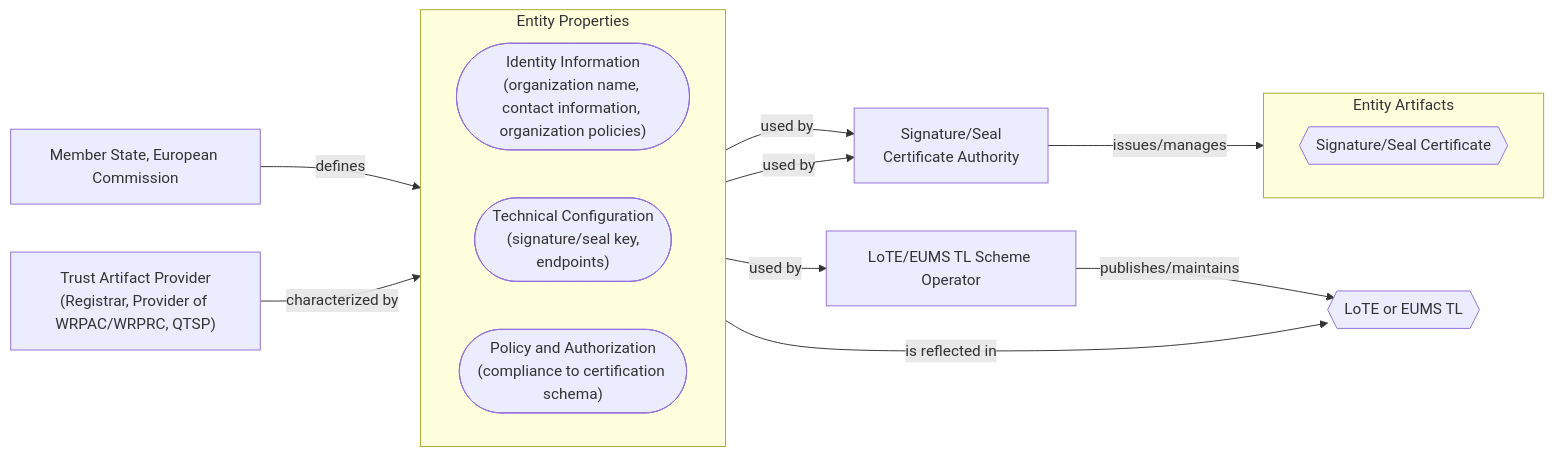
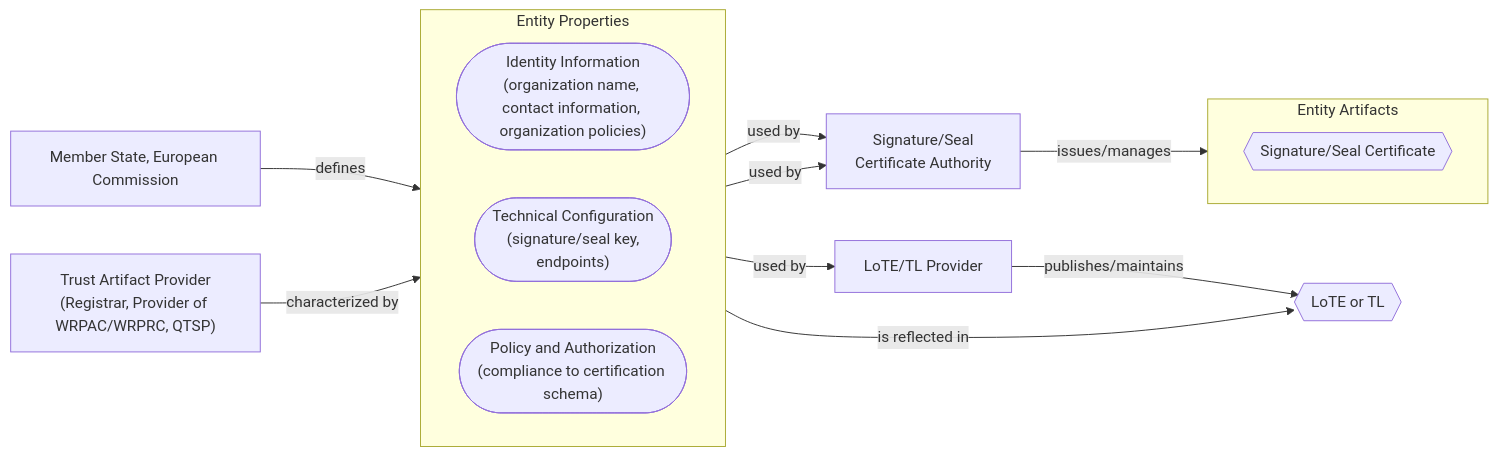
One commit to APTITUDE-Consortium/wp2-trust-specifications changed the third of 5 diagrams in docs/topics/trust-management-process.md. Above: the diagram before and after it, drawn with Mermaid. The commit also changed other lines of this file and 7 other files, not shown here.

````diff
--- a/docs/topics/trust-management-process.md
+++ b/docs/topics/trust-management-process.md
@@ -231,35 +243,35 @@
 ```mermaid
 flowchart LR
     mid_ent["Trust Artifact Provider<br>(Registrar, Provider of WRPAC/WRPRC, QTSP)"]
 
     subgraph abst["Entity Properties"]
         direction LR
         id(["Identity Information<br>(organization name, contact information, organization policies)"])
         tech(["Technical Configuration<br>(signature/seal key,<br> endpoints)"])
         authz(["Policy and Authorization<br>(compliance to certification schema)"])
     end
 
     subgraph arti["Entity Artifacts"]
         direction LR
         csig{{"Signature/Seal Certificate"}}
     end
 
     ms["Member State, European Commission"]
 
-    tl{{"LoTE or EUMS TL"}}
+    tl{{"LoTE or TL"}}
 
     ca["Signature/Seal<br>Certificate Authority"]
-    tlp["LoTE/EUMS TL Scheme Operator"]
+    tlp["LoTE/TL Provider"]
 
     mid_ent --"characterized by"--> abst
 
     id --"used by"--> ca
     tech --"used by"--> ca
     ca --"issues/manages"--> csig
 
     abst --"used by"--> tlp
     tlp --"publishes/maintains"--> tl
 
     ms --"defines"--> authz
     authz --"is reflected in"--> tl
 ```
````
